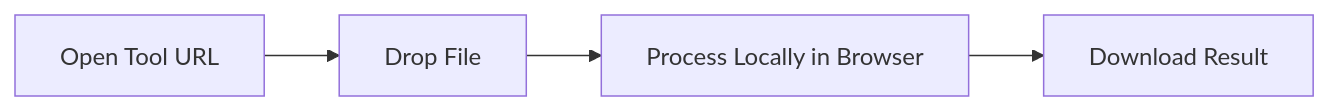
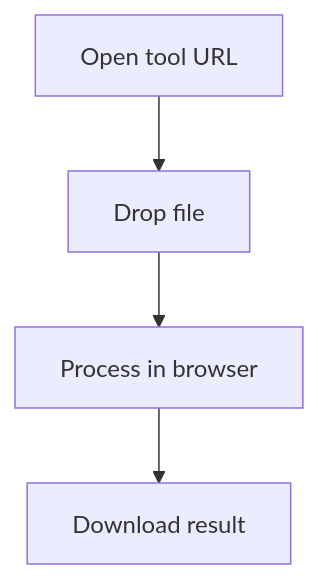
Before and after one commit to panndabea/runlocal.tools: the first of 4 diagrams in README.md, drawn with Mermaid. The commit also changed other lines of this file, not shown here.

First line of the commit message:
docs: improve README diagrams readability and clarity

````diff
--- a/README.md
+++ b/README.md
@@ -48,6 +48,6 @@
 ```mermaid
-flowchart LR
-    A[Open Tool URL] --> B[Drop File]
-    B --> C[Process Locally in Browser]
-    C --> D[Download Result]
+flowchart TD
+    A[Open tool URL] --> B[Drop file]
+    B --> C[Process in browser]
+    C --> D[Download result]
 ```
````
